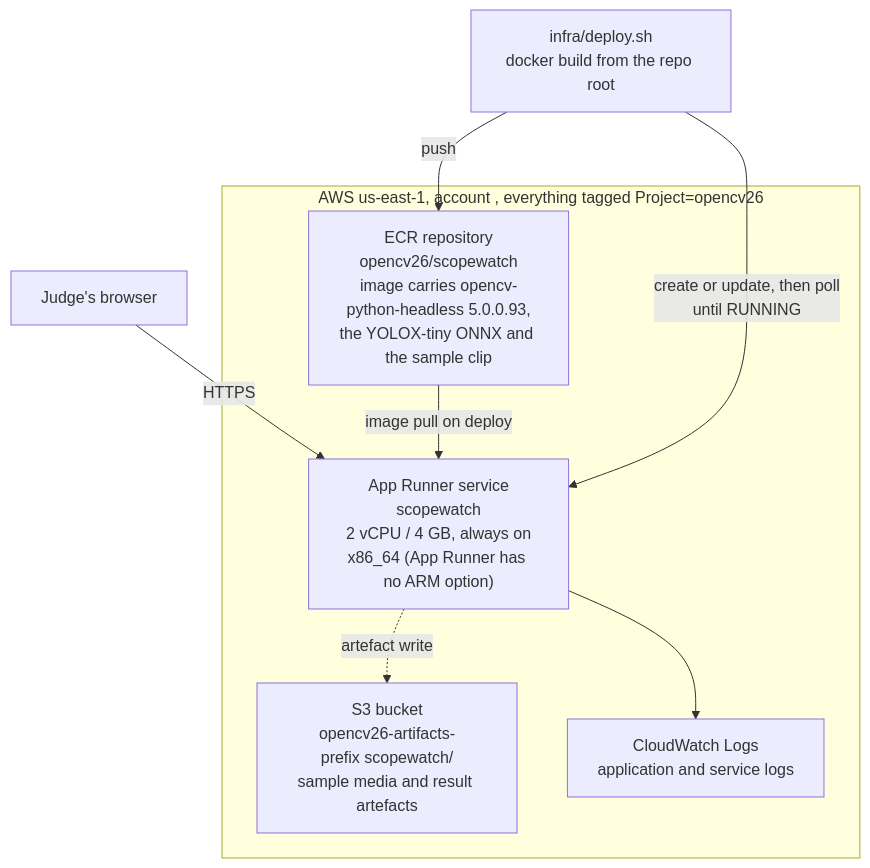
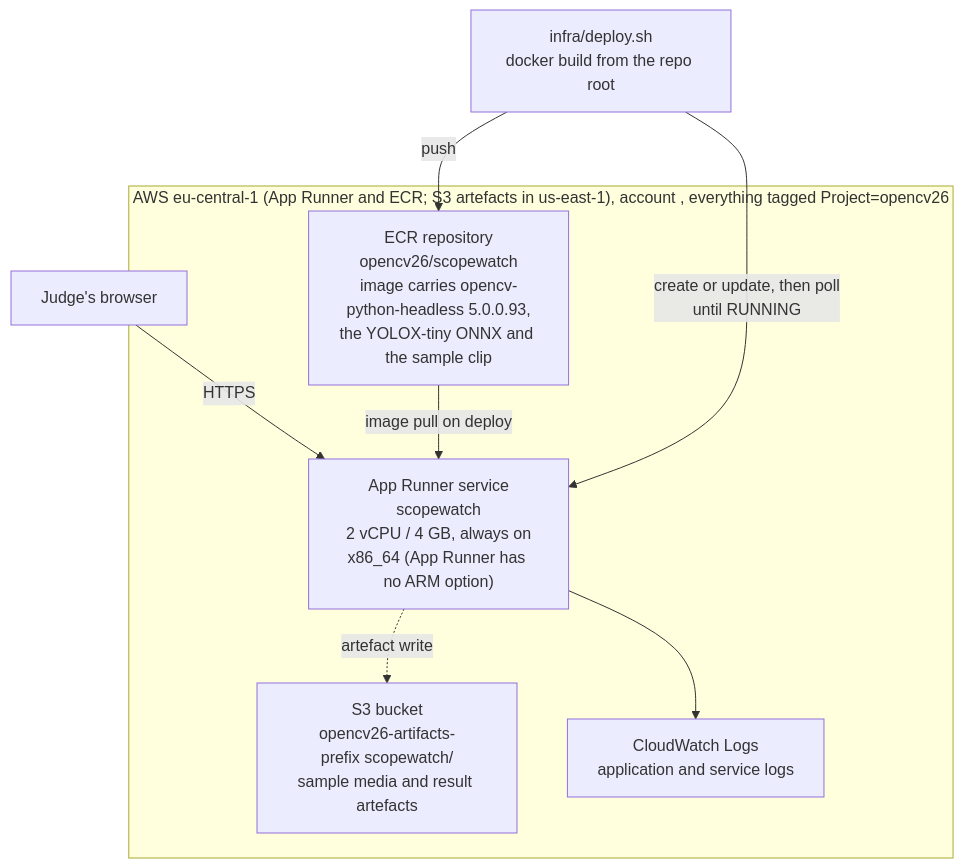
The fourth of 4 diagrams in products/scopewatch/docs/architecture.md (rogerkorantenng/scopewatch), drawn with Mermaid before and after one commit.

Commit message:
Architecture diagram names the region the service actually runs in
Claude-Session: https://claude.ai/code/session_01KfKynwWDdsBU5QofDbk3p4

````diff
--- a/products/scopewatch/docs/architecture.md
+++ b/products/scopewatch/docs/architecture.md
@@ -136,18 +136,18 @@
 ```mermaid
 flowchart TD
     U["Judge's browser"] -->|HTTPS| AR
 
-    subgraph AWS["AWS us-east-1, account <aws-account-id>, everything tagged Project=opencv26"]
+    subgraph AWS["AWS eu-central-1 (App Runner and ECR; S3 artefacts in us-east-1), account <aws-account-id>, everything tagged Project=opencv26"]
         AR["App Runner service<br/>scopewatch<br/>2 vCPU / 4 GB, always on<br/>x86_64 (App Runner has no ARM option)"]
         ECR["ECR repository<br/>opencv26/scopewatch<br/>image carries opencv-python-headless 5.0.0.93,<br/>the YOLOX-tiny ONNX and the sample clip"]
         S3["S3 bucket<br/>opencv26-artifacts-<aws-account-id><br/>prefix scopewatch/<br/>sample media and result artefacts"]
         CW["CloudWatch Logs<br/>application and service logs"]
 
         ECR -->|"image pull on deploy"| AR
         AR --> CW
         AR -.->|"artefact write"| S3
     end
 
     DEV["infra/deploy.sh<br/>docker build from the repo root"] -->|"push"| ECR
     DEV -->|"create or update, then poll<br/>until RUNNING"| AR
 ```
````
